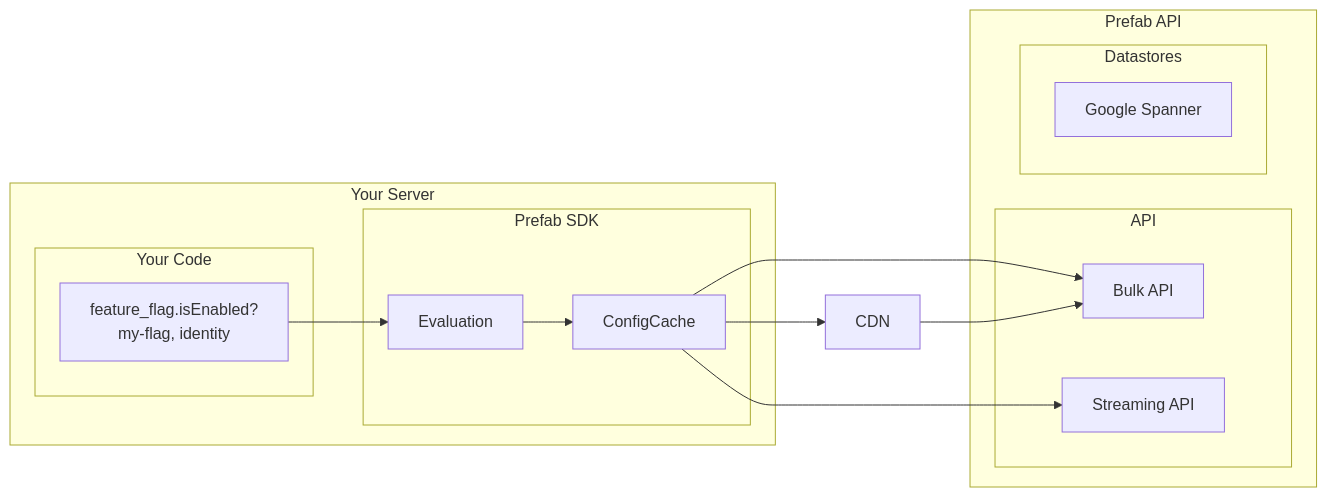
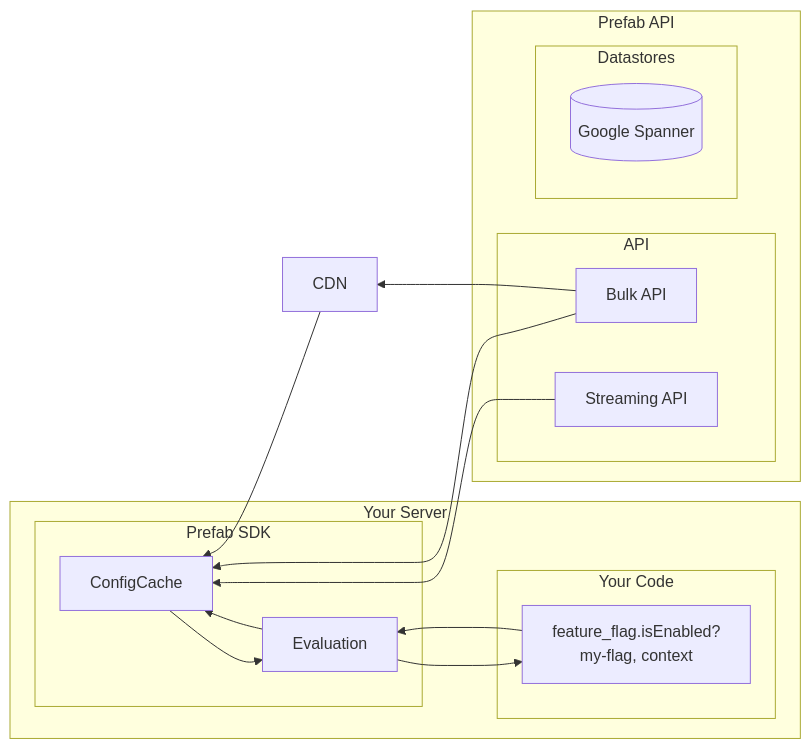
The diagram in docs/explanations/server-sdks.md (prefab-cloud/prefab-cloud-docs-web), drawn with Mermaid before and after one commit. The commit also changed other lines of this file and 7 other files, not shown here.

````diff
--- a/docs/explanations/server-sdks.md
+++ b/docs/explanations/server-sdks.md
@@ -17,33 +17,35 @@
 ```mermaid
-graph LR
-
+flowchart RL
     subgraph "Your Server"
         subgraph "Your Code"
-            code[feature_flag.isEnabled?<br> my-flag, identity]
+            code[feature_flag.isEnabled?<br> my-flag, context]
         end
+
         subgraph "Prefab SDK"
             Evaluation
             ConfigCache
         end
+
         code --> Evaluation
     end
 
-    CDN["CDN"]
-    Evaluation -->  ConfigCache
-    ConfigCache --> CDN
 
     subgraph "Prefab API"
         subgraph "API"
             BulkAPI["Bulk API"]
             StreamingAPI["Streaming API"]
         end
+
         subgraph "Datastores"
-            GoogleSpanner["Google Spanner"]
+            GoogleSpanner[("Google Spanner")]
         end
     end
 
-    ConfigCache --> BulkAPI
-    ConfigCache --> StreamingAPI
-
-    CDN --> BulkAPI
+    BulkAPI --> CDN
+    BulkAPI --> ConfigCache
+    StreamingAPI --> ConfigCache
+    Evaluation --> code
+    ConfigCache --> Evaluation
+    Evaluation -->  ConfigCache
+    CDN --> ConfigCache
 ```
````
